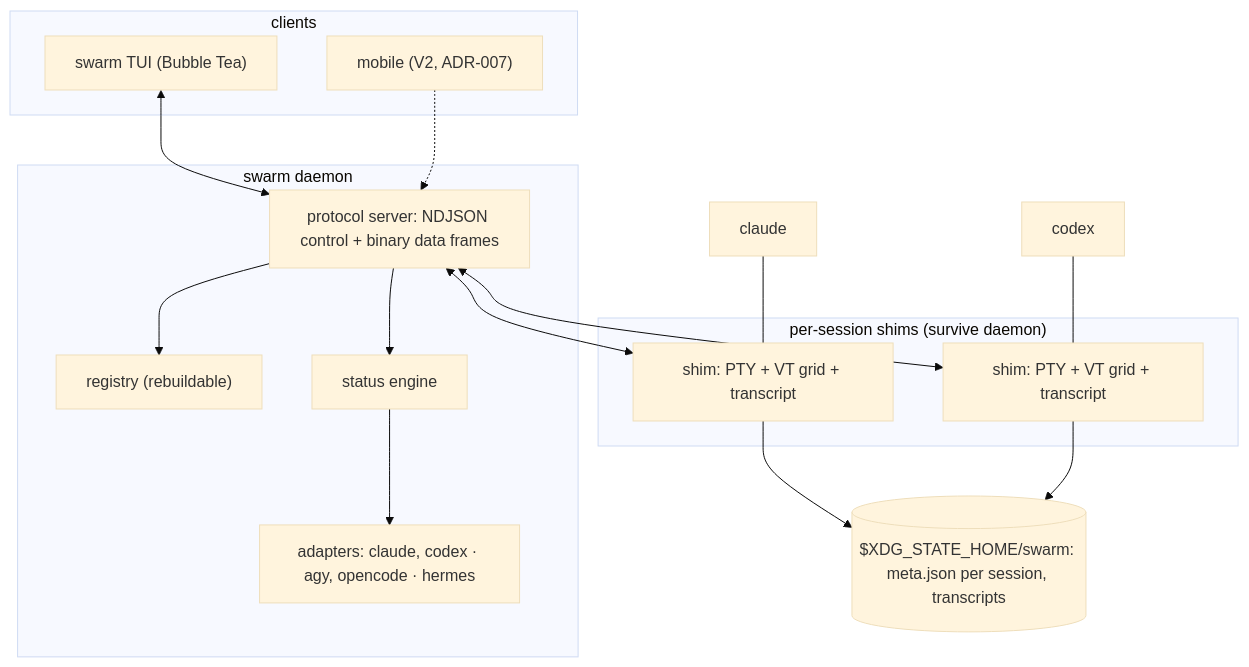
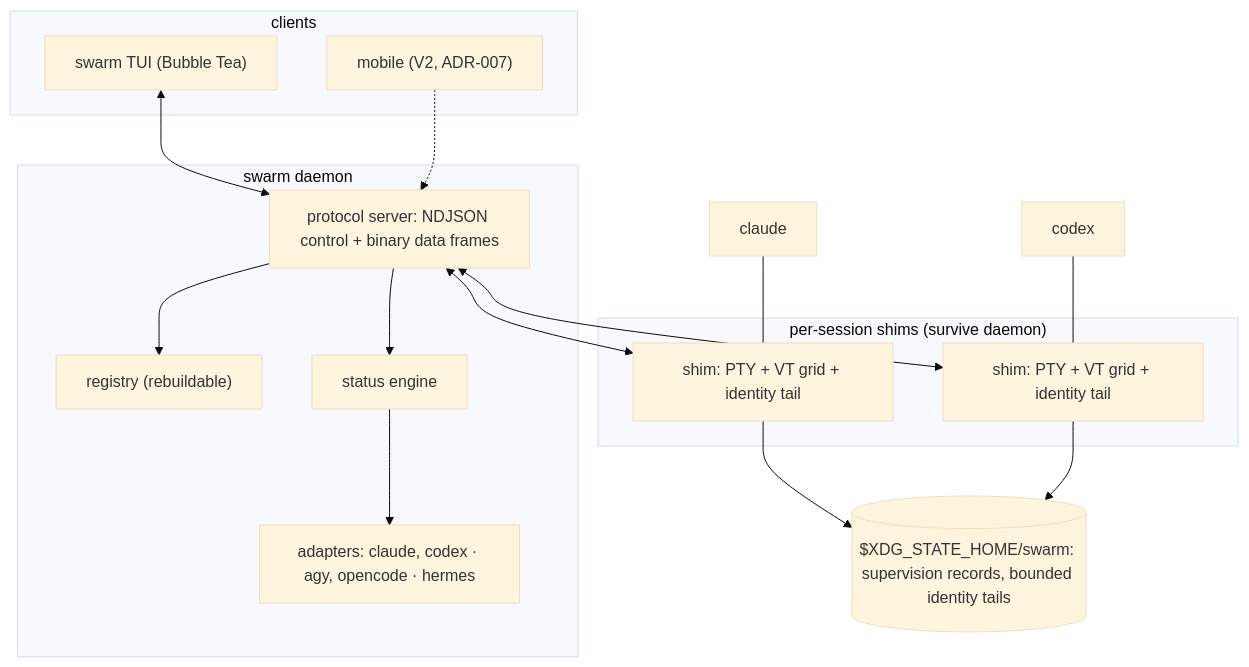
The first of 3 diagrams in docs/specifications/system-spec.md (Nathandela/swarm), drawn with Mermaid (base theme) before and after one commit. The commit also changed other lines of this file and 65 other files, not shown here.

````diff
--- a/docs/specifications/system-spec.md
+++ b/docs/specifications/system-spec.md
@@ -172,25 +172,25 @@
 ```mermaid
 flowchart TB
   subgraph clients["clients"]
     TUI["swarm TUI (Bubble Tea)"]
     MOB["mobile (V2, ADR-007)"]
   end
   subgraph daemon["swarm daemon"]
     API["protocol server: NDJSON control + binary data frames"]
     REG["registry (rebuildable)"]
     DET["status engine"]
     ADP["adapters: claude, codex · agy, opencode · hermes"]
   end
   subgraph shims["per-session shims (survive daemon)"]
-    SH1["shim: PTY + VT grid + transcript"]
-    SH2["shim: PTY + VT grid + transcript"]
+    SH1["shim: PTY + VT grid + identity tail"]
+    SH2["shim: PTY + VT grid + identity tail"]
   end
   A1["claude"] --- SH1
   A2["codex"] --- SH2
   TUI <--> API
   MOB -.-> API
   API --> REG & DET
   DET --> ADP
   API <--> SH1 & SH2
-  SH1 & SH2 --> DISK[("$XDG_STATE_HOME/swarm: meta.json per session, transcripts")]
+  SH1 & SH2 --> DISK[("$XDG_STATE_HOME/swarm: supervision records, bounded identity tails")]
 ```
````
